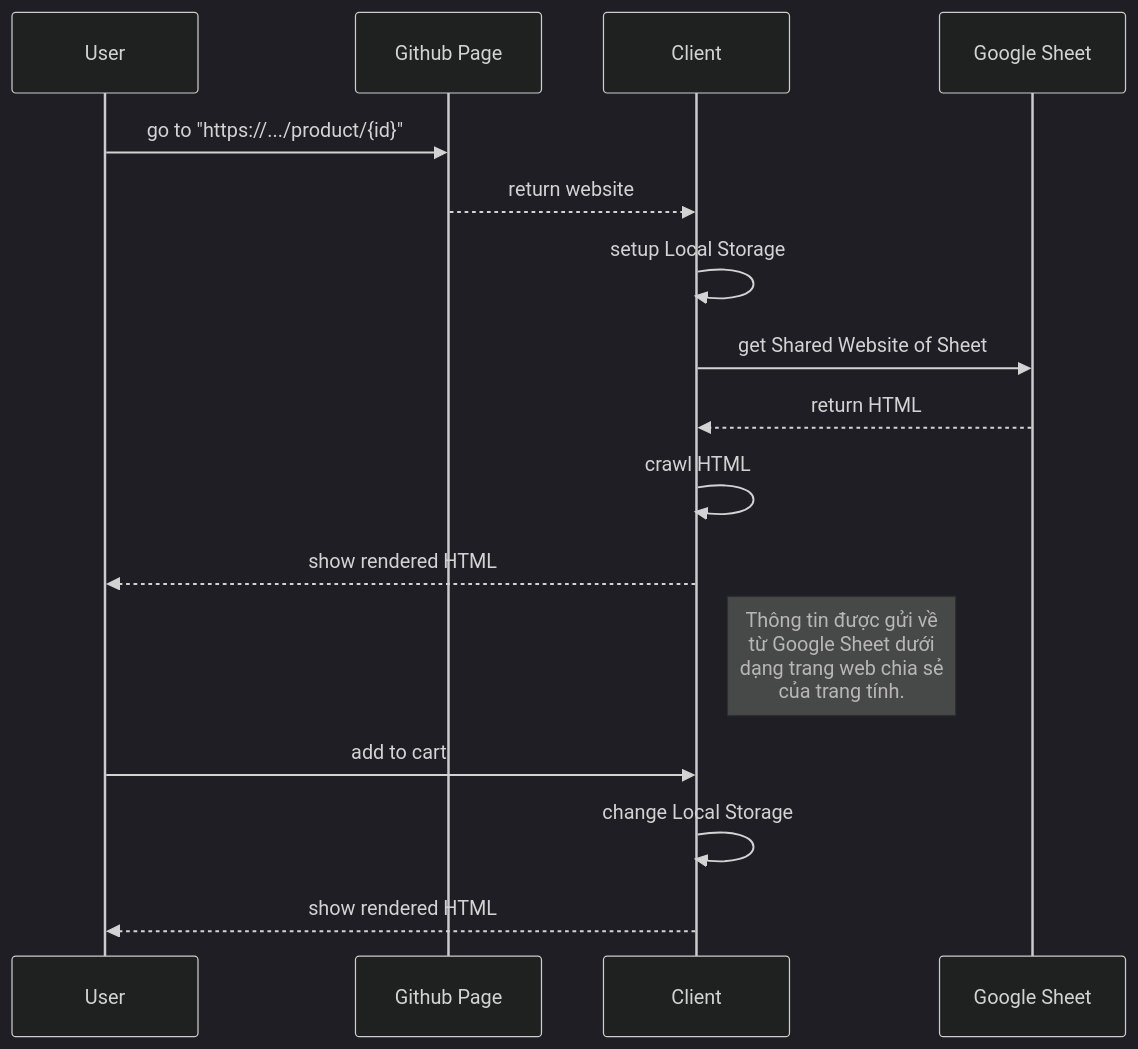
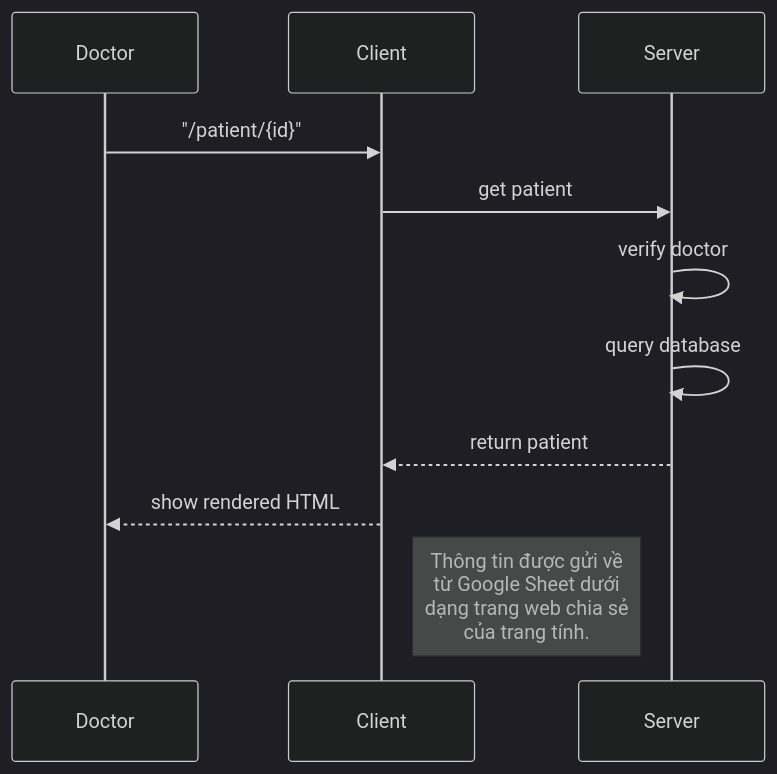
One commit to itvkist/infectious-disease changed the second of 4 diagrams in BE_README.md. Above: the diagram before and after it, drawn with Mermaid (dark theme). The commit also changed other lines of this file, not shown here.

````diff
--- a/BE_README.md
+++ b/BE_README.md
@@ -11,14 +11,10 @@
 ```mermaid
 sequenceDiagram
-User ->> Github Page: go to "https://.../product/{id}"
-Github Page -->> Client: return website
-Client ->> Client: setup Local Storage
-Client ->> Google Sheet: get Shared Website of Sheet
-Google Sheet-->>Client: return HTML
-Client ->> Client: crawl HTML
-Client -->> User: show rendered HTML
+Doctor ->> Client: "/patient/{id}"
+Client ->> Server: get patient
+Server ->> Server: verify doctor
+Server ->> Server: query database
+Server-->>Client: return patient
+Client -->> Doctor: show rendered HTML
 Note right of Client: Thông tin được gửi về <br/> từ Google Sheet dưới <br/> dạng trang web chia sẻ <br/> của trang tính.
-User ->> Client: add to cart
-Client ->> Client: change Local Storage
-Client -->> User: show rendered HTML
 ```
````
